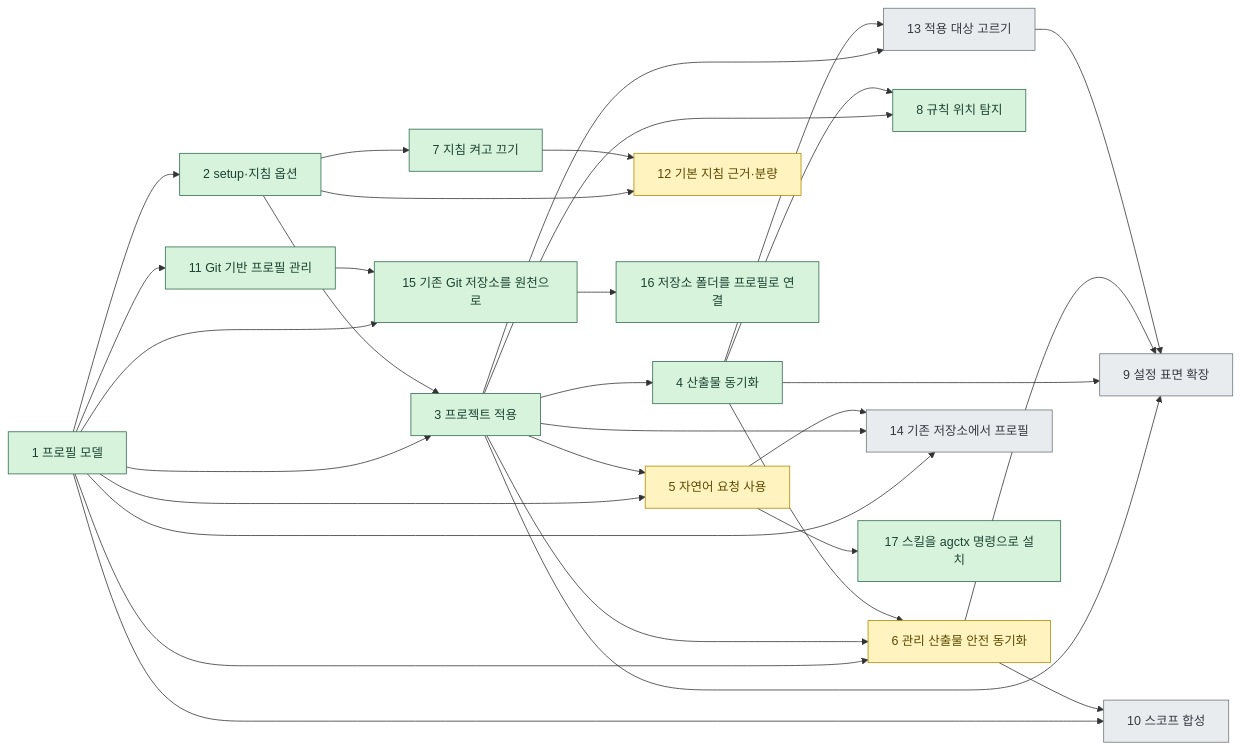
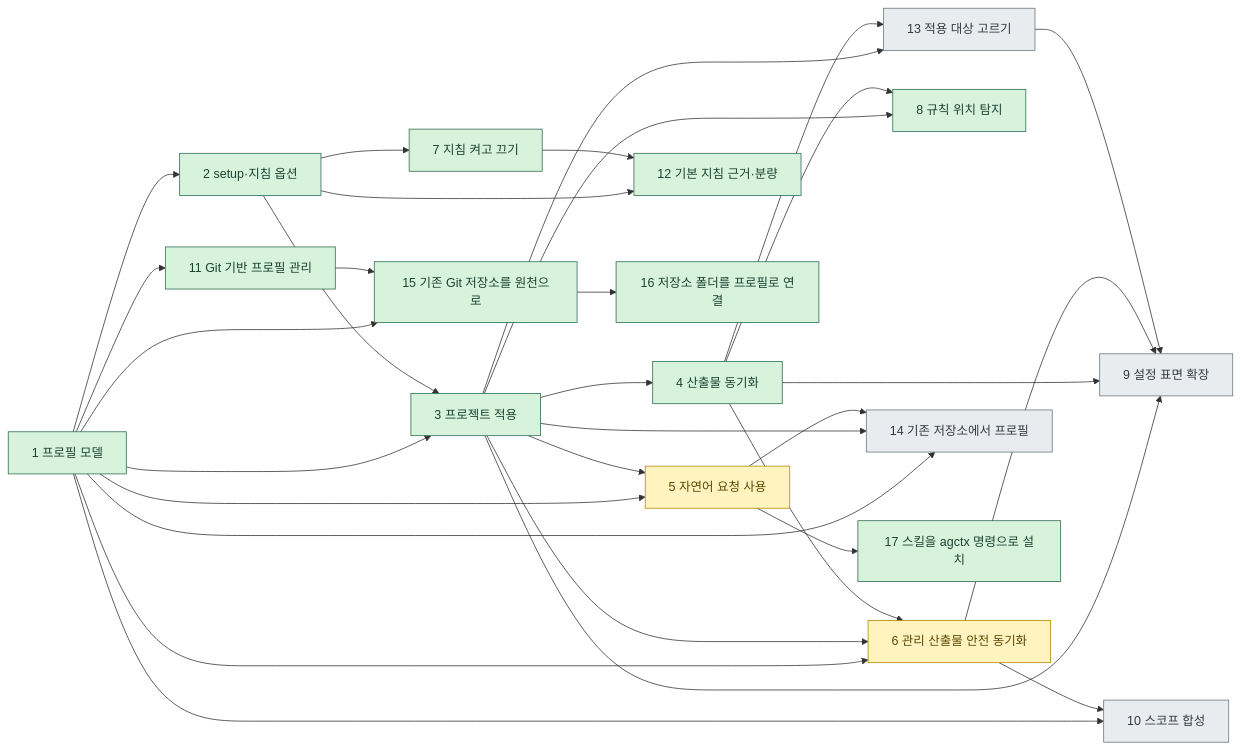
The diagram in docs/discussion/architecture/README.md (IsthisLee/agent-context-manager), drawn with Mermaid before and after one commit. The commit also changed other lines of this file and 34 other files, not shown here.

````diff
--- a/docs/discussion/architecture/README.md
+++ b/docs/discussion/architecture/README.md
@@ -40,41 +40,41 @@
 ```mermaid
 flowchart LR
   S1["1 프로필 모델"] --> S2["2 setup·지침 옵션"]
   S1 --> S3["3 프로젝트 적용"]
   S2 --> S3
   S3 --> S4["4 산출물 동기화"]
   S1 --> S5["5 자연어 요청 사용"]
   S3 --> S5
   S1 --> S6["6 관리 산출물 안전 동기화"]
   S3 --> S6
   S4 --> S6
   S2 --> S7["7 지침 켜고 끄기"]
   S3 --> S8["8 규칙 위치 탐지"]
   S4 --> S8
   S3 --> S9["9 설정 표면 확장"]
   S4 --> S9
   S6 --> S9
   S1 --> S10["10 스코프 합성"]
   S6 --> S10
   S1 --> S11["11 Git 기반 프로필 관리"]
   S2 --> S12["12 기본 지침 근거·분량"]
   S7 --> S12
   S3 --> S13["13 적용 대상 고르기"]
   S4 --> S13
   S13 --> S9
   S1 --> S14["14 기존 저장소에서 프로필"]
   S3 --> S14
   S5 --> S14
   S1 --> S15["15 기존 Git 저장소를 원천으로"]
   S11 --> S15
   S15 --> S16["16 저장소 폴더를 프로필로 연결"]
   S5 --> S17["17 스킬을 agctx 명령으로 설치"]
   classDef done fill:#d8f3dc,stroke:#2d6a4f,color:#1b4332
   classDef doing fill:#fff3bf,stroke:#b08900,color:#5c4800
   classDef todo fill:#e9ecef,stroke:#6c757d,color:#343a40
   %% agctx:generated:stage-classes:start
-  class S1,S2,S3,S4,S7,S8,S11,S15,S16,S17 done
-  class S5,S6,S12 doing
+  class S1,S2,S3,S4,S7,S8,S11,S12,S15,S16,S17 done
+  class S5,S6 doing
   class S9,S10,S13,S14 todo
   %% agctx:generated:stage-classes:end
 ```
````
